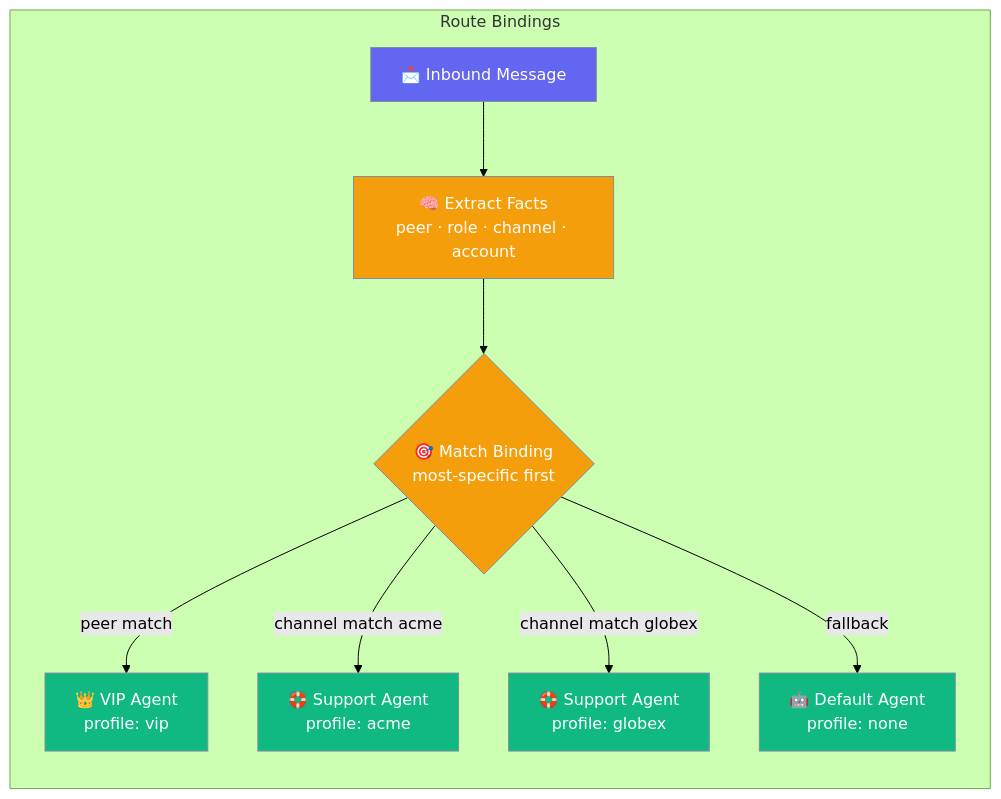
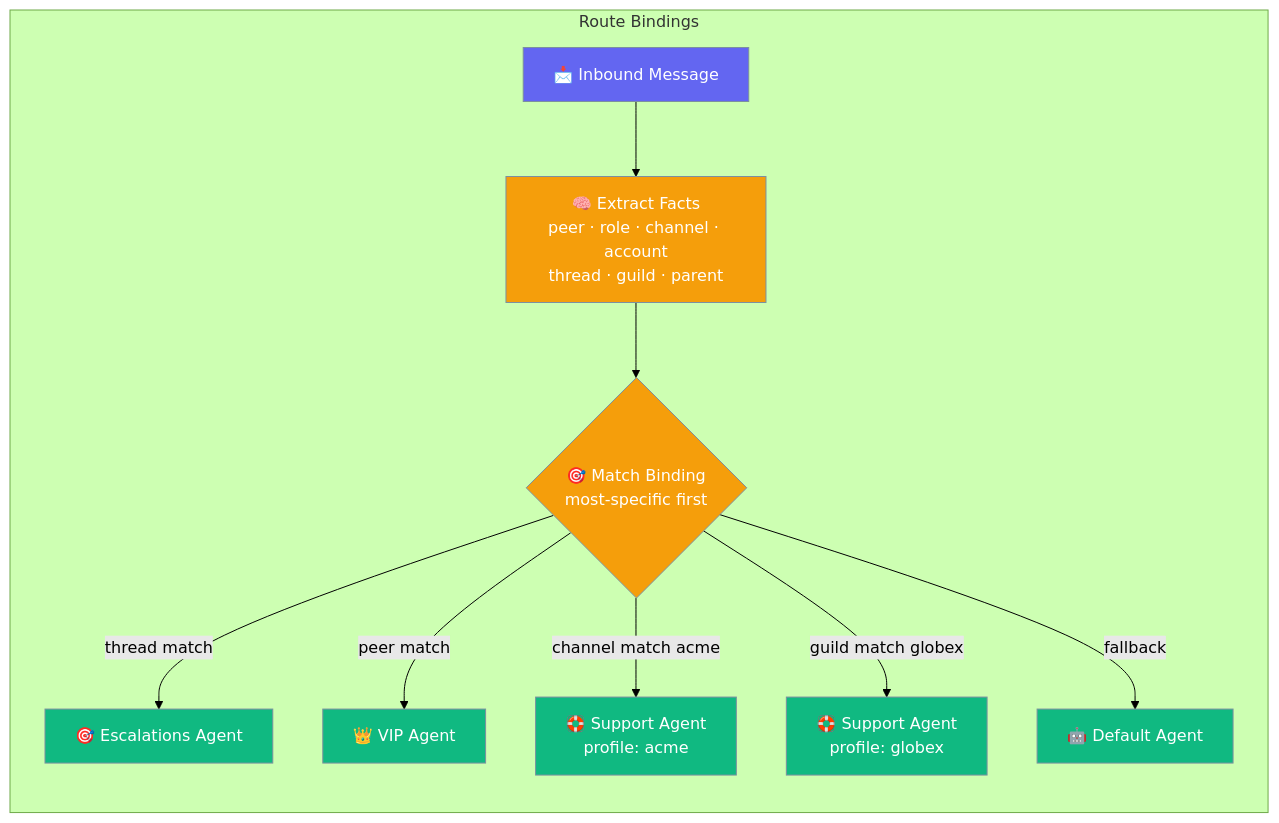
The first of 5 diagrams in docs/features/gateway-route-bindings.mdx (MervinPraison/PraisonAIDocs), drawn with Mermaid (forest theme) before and after one commit. The commit also changed other lines of this file and 3 other files, not shown here.

First line of the commit message:
docs: document thread/guild/parent-channel gateway route matching (fixes #3865)

````diff
--- a/docs/features/gateway-route-bindings.mdx
+++ b/docs/features/gateway-route-bindings.mdx
@@ -25,20 +25,21 @@
 ```mermaid
 graph LR
     subgraph "Route Bindings"
-        Msg[📩 Inbound Message] --> Facts[🧠 Extract Facts<br/>peer · role · channel · account]
+        Msg[📩 Inbound Message] --> Facts[🧠 Extract Facts<br/>peer · role · channel · account<br/>thread · guild · parent]
         Facts --> Resolve{🎯 Match Binding<br/>most-specific first}
-        Resolve -->|peer match| VIP[👑 VIP Agent<br/>profile: vip]
+        Resolve -->|thread match| Escal[🎯 Escalations Agent]
+        Resolve -->|peer match| VIP[👑 VIP Agent]
         Resolve -->|channel match acme| Acme[🛟 Support Agent<br/>profile: acme]
-        Resolve -->|channel match globex| Globex[🛟 Support Agent<br/>profile: globex]
-        Resolve -->|fallback| Default[🤖 Default Agent<br/>profile: none]
+        Resolve -->|guild match globex| Globex[🛟 Support Agent<br/>profile: globex]
+        Resolve -->|fallback| Default[🤖 Default Agent]
     end
 
     classDef input fill:#6366F1,stroke:#7C90A0,color:#fff
     classDef process fill:#F59E0B,stroke:#7C90A0,color:#fff
     classDef agent fill:#10B981,stroke:#7C90A0,color:#fff
 
     class Msg input
     class Facts,Resolve process
-    class VIP,Acme,Globex,Default agent
+    class Escal,VIP,Acme,Globex,Default agent
 
 ```
````
